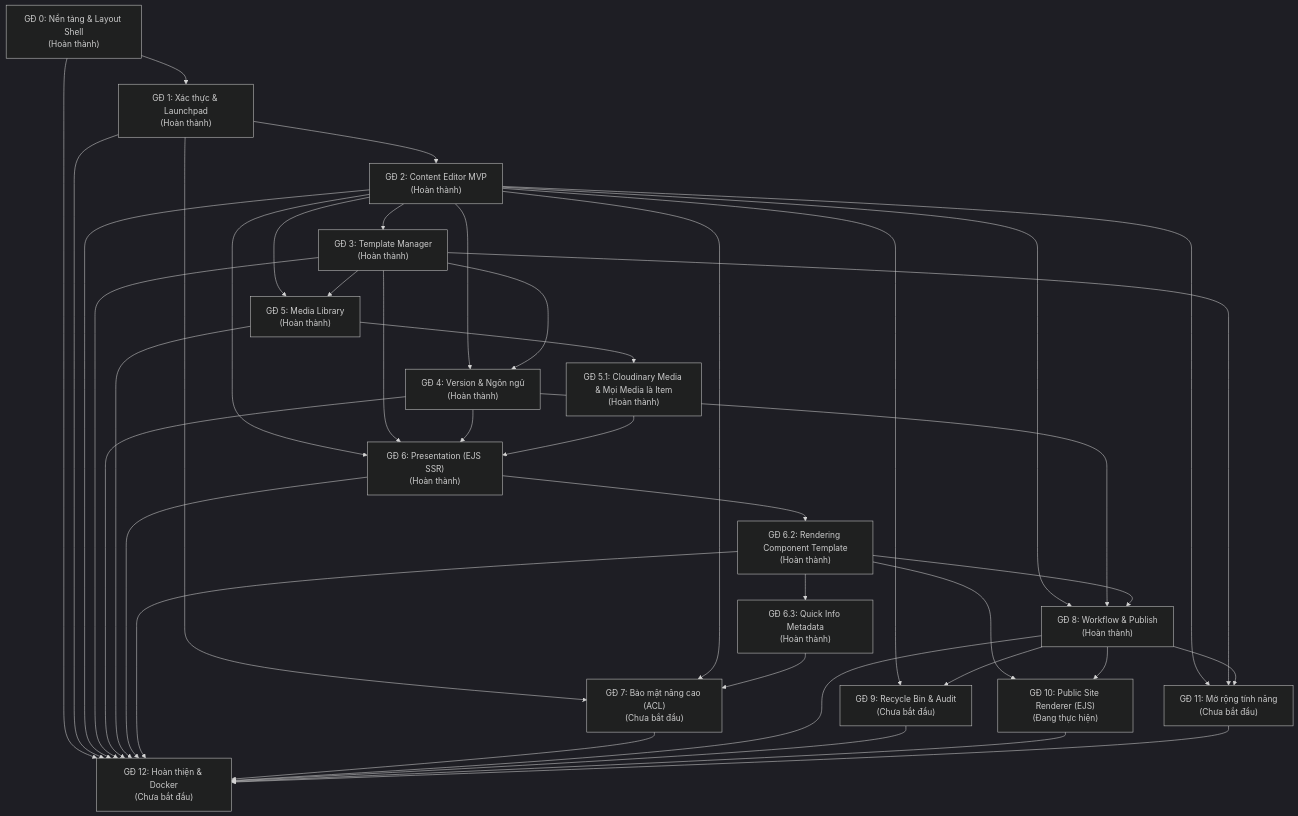
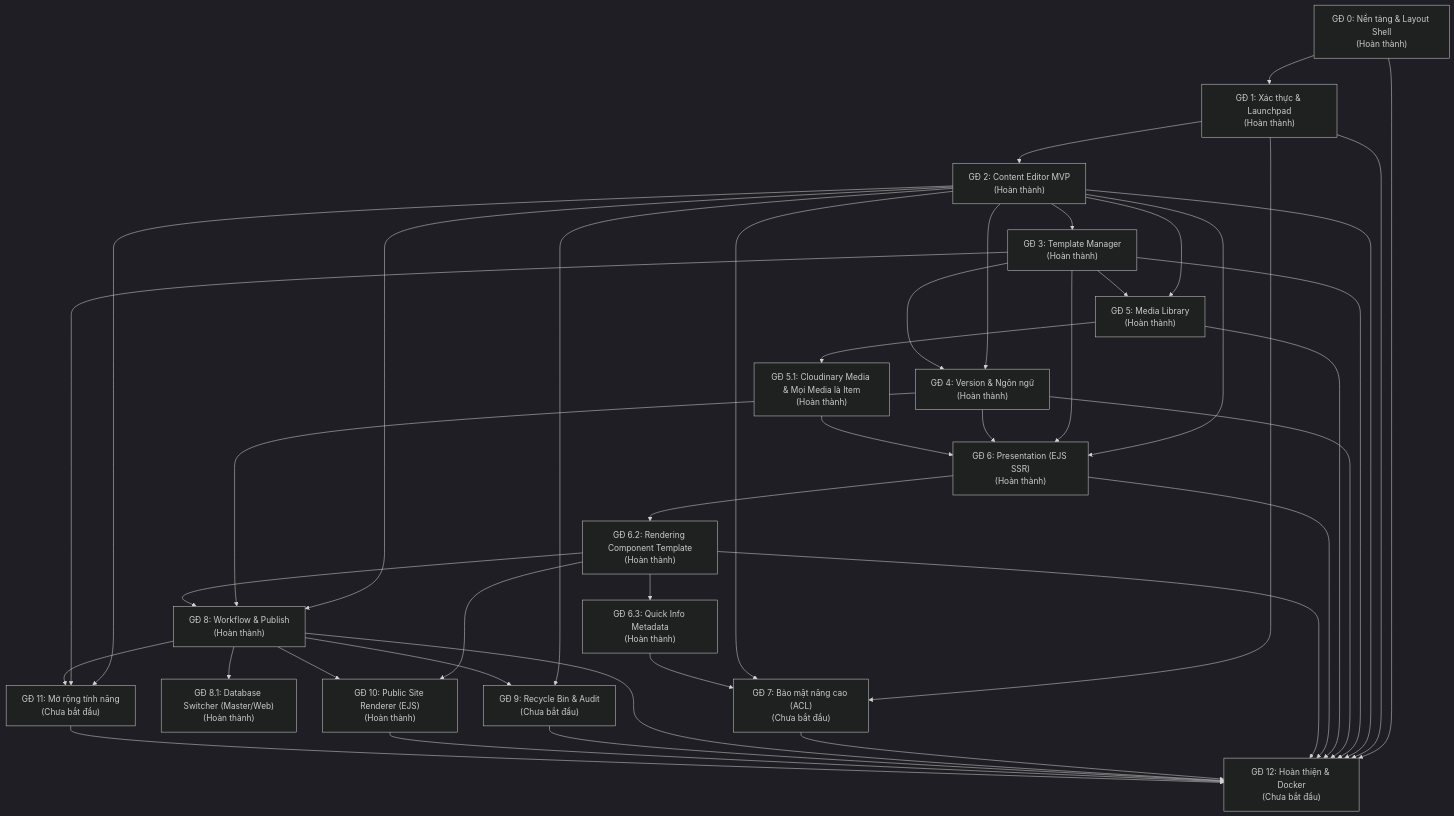
One commit to mittomao/Admin-CMS changed the diagram in docs/phases/README.md. Above: the diagram before and after it, drawn with Mermaid (dark theme). The commit also changed other lines of this file and 33 other files, not shown here.

````diff
--- a/docs/phases/README.md
+++ b/docs/phases/README.md
@@ -9,18 +9,19 @@
 ```mermaid
 flowchart TD
     GD0["GĐ 0: Nền tảng & Layout Shell<br/>(Hoàn thành)"] --> GD1["GĐ 1: Xác thực & Launchpad<br/>(Hoàn thành)"]
     GD1 --> GD2["GĐ 2: Content Editor MVP<br/>(Hoàn thành)"]
     GD2 --> GD3["GĐ 3: Template Manager<br/>(Hoàn thành)"]
     GD2 & GD3 --> GD4["GĐ 4: Version & Ngôn ngữ<br/>(Hoàn thành)"]
     GD2 & GD3 --> GD5["GĐ 5: Media Library<br/>(Hoàn thành)"]
     GD5 --> GD5_1["GĐ 5.1: Cloudinary Media & Mọi Media là Item<br/>(Hoàn thành)"]
     GD2 & GD3 & GD4 & GD5_1 --> GD6["GĐ 6: Presentation (EJS SSR)<br/>(Hoàn thành)"]
     GD6 --> GD6_2["GĐ 6.2: Rendering Component Template<br/>(Hoàn thành)"]
     GD6_2 --> GD6_3["GĐ 6.3: Quick Info Metadata<br/>(Hoàn thành)"]
     GD1 & GD2 & GD6_3 --> GD7["GĐ 7: Bảo mật nâng cao (ACL)<br/>(Chưa bắt đầu)"]
     GD2 & GD4 & GD6_2 --> GD8["GĐ 8: Workflow & Publish<br/>(Hoàn thành)"]
+    GD8 --> GD8_1["GĐ 8.1: Database Switcher (Master/Web)<br/>(Hoàn thành)"]
     GD2 & GD8 --> GD9["GĐ 9: Recycle Bin & Audit<br/>(Chưa bắt đầu)"]
-    GD6_2 & GD8 --> GD10["GĐ 10: Public Site Renderer (EJS)<br/>(Đang thực hiện)"]
+    GD6_2 & GD8 --> GD10["GĐ 10: Public Site Renderer (EJS)<br/>(Hoàn thành)"]
     GD2 & GD3 & GD8 --> GD11["GĐ 11: Mở rộng tính năng<br/>(Chưa bắt đầu)"]
     GD0 & GD1 & GD2 & GD3 & GD4 & GD5 & GD6 & GD6_2 & GD7 & GD8 & GD9 & GD10 & GD11 --> GD12["GĐ 12: Hoàn thiện & Docker<br/>(Chưa bắt đầu)"]
 ```
````
